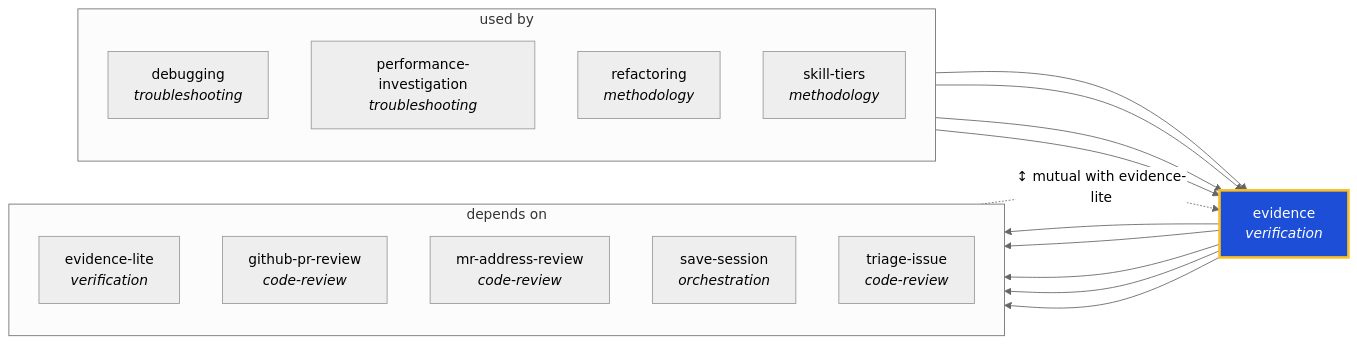
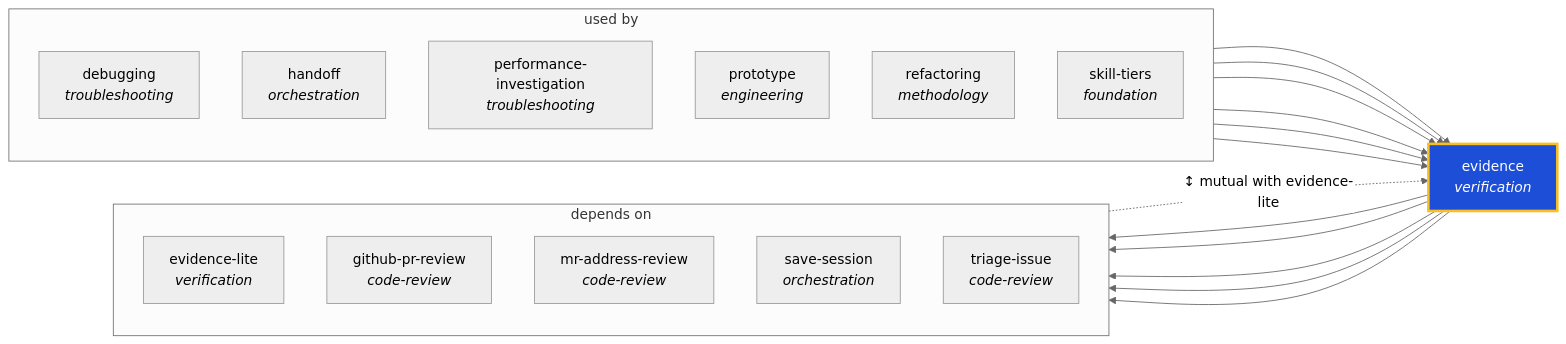
The diagram in docs/graphs/generated/evidence.md (ThePlenkov/skills), drawn with Mermaid (neutral theme) before and after one commit. The commit also changed other lines of this file and 76 other files, not shown here.

````diff
--- a/docs/graphs/generated/evidence.md
+++ b/docs/graphs/generated/evidence.md
@@ -22,33 +22,37 @@
 ```mermaid
 graph LR
   evidence["evidence<br/><i>verification</i>"]
   classDef center fill:#1d4ed8,stroke:#fbbf24,stroke-width:3px,color:#fff
   class evidence center
 
   subgraph sg_used_by["used by"]
     direction TB
     debugging["debugging<br/><i>troubleshooting</i>"]
+    handoff["handoff<br/><i>orchestration</i>"]
     performance_investigation["performance-investigation<br/><i>troubleshooting</i>"]
+    prototype["prototype<br/><i>engineering</i>"]
     refactoring["refactoring<br/><i>methodology</i>"]
-    skill_tiers["skill-tiers<br/><i>methodology</i>"]
+    skill_tiers["skill-tiers<br/><i>foundation</i>"]
   end
   debugging --> evidence
+  handoff --> evidence
   performance_investigation --> evidence
+  prototype --> evidence
   refactoring --> evidence
   skill_tiers --> evidence
 
   subgraph sg_depends_on["depends on"]
     direction TB
     evidence_lite["evidence-lite<br/><i>verification</i>"]
     github_pr_review["github-pr-review<br/><i>code-review</i>"]
     mr_address_review["mr-address-review<br/><i>code-review</i>"]
     save_session["save-session<br/><i>orchestration</i>"]
     triage_issue["triage-issue<br/><i>code-review</i>"]
   end
   evidence --> evidence_lite
   evidence --> github_pr_review
   evidence --> mr_address_review
   evidence --> save_session
   evidence --> triage_issue
   evidence_lite -. "↕ mutual with evidence-lite" .-> evidence
 ```
````
